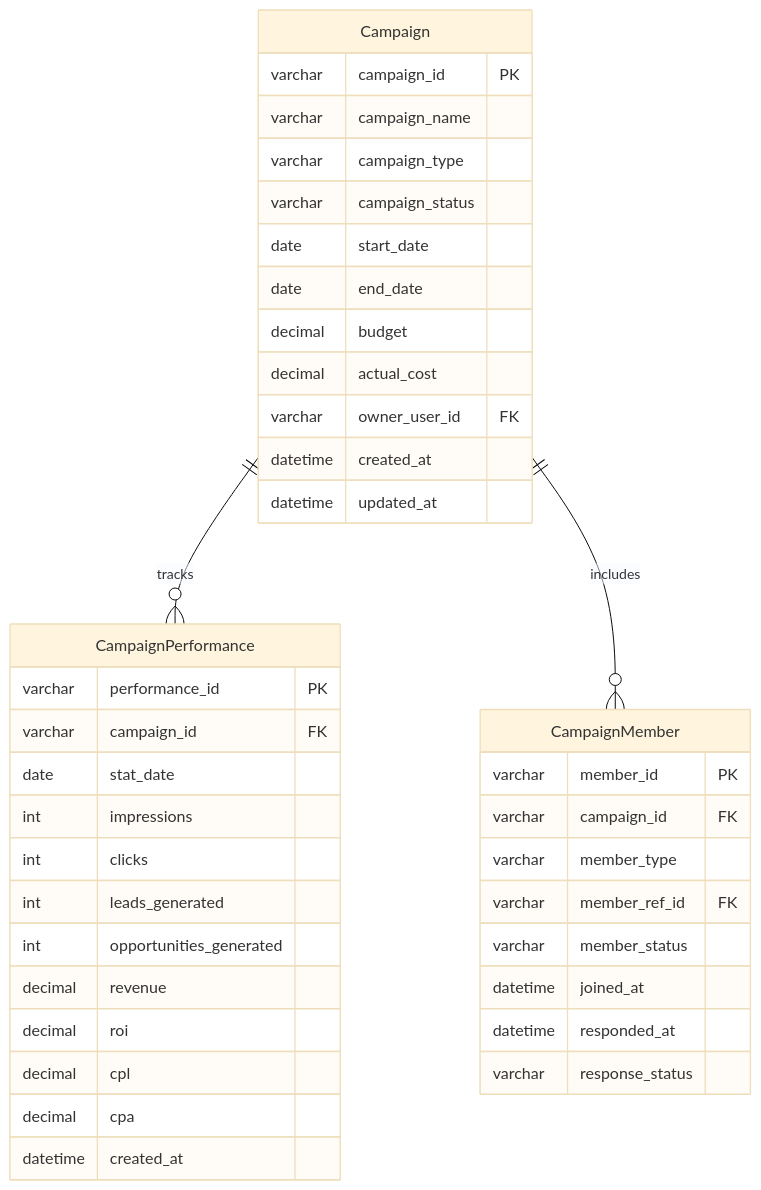
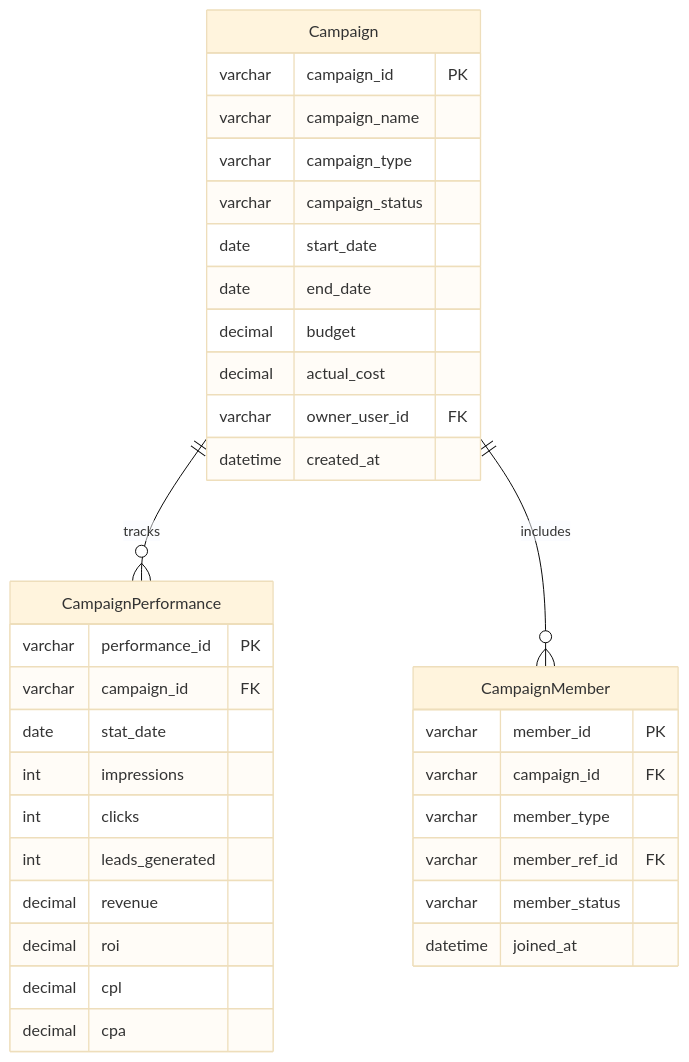
Before and after one commit to 312268112/advanced-java: the eighth of 25 diagrams in docs/b2b-cdp-entity-design.md, drawn with Mermaid (base theme). The commit also changed other lines of this file, not shown here.

````diff
--- a/docs/b2b-cdp-entity-design.md
+++ b/docs/b2b-cdp-entity-design.md
@@ -474,45 +355,40 @@
 ```mermaid
 erDiagram
     Campaign ||--o{ CampaignPerformance : tracks
     Campaign ||--o{ CampaignMember : includes
     
     Campaign {
         varchar campaign_id PK
         varchar campaign_name
         varchar campaign_type
         varchar campaign_status
         date start_date
         date end_date
         decimal budget
         decimal actual_cost
         varchar owner_user_id FK
         datetime created_at
-        datetime updated_at
     }
     
     CampaignPerformance {
         varchar performance_id PK
         varchar campaign_id FK
         date stat_date
         int impressions
         int clicks
         int leads_generated
-        int opportunities_generated
         decimal revenue
         decimal roi
         decimal cpl
         decimal cpa
-        datetime created_at
     }
     
     CampaignMember {
         varchar member_id PK
         varchar campaign_id FK
         varchar member_type
         varchar member_ref_id FK
         varchar member_status
         datetime joined_at
-        datetime responded_at
-        varchar response_status
     }
 ```
````
